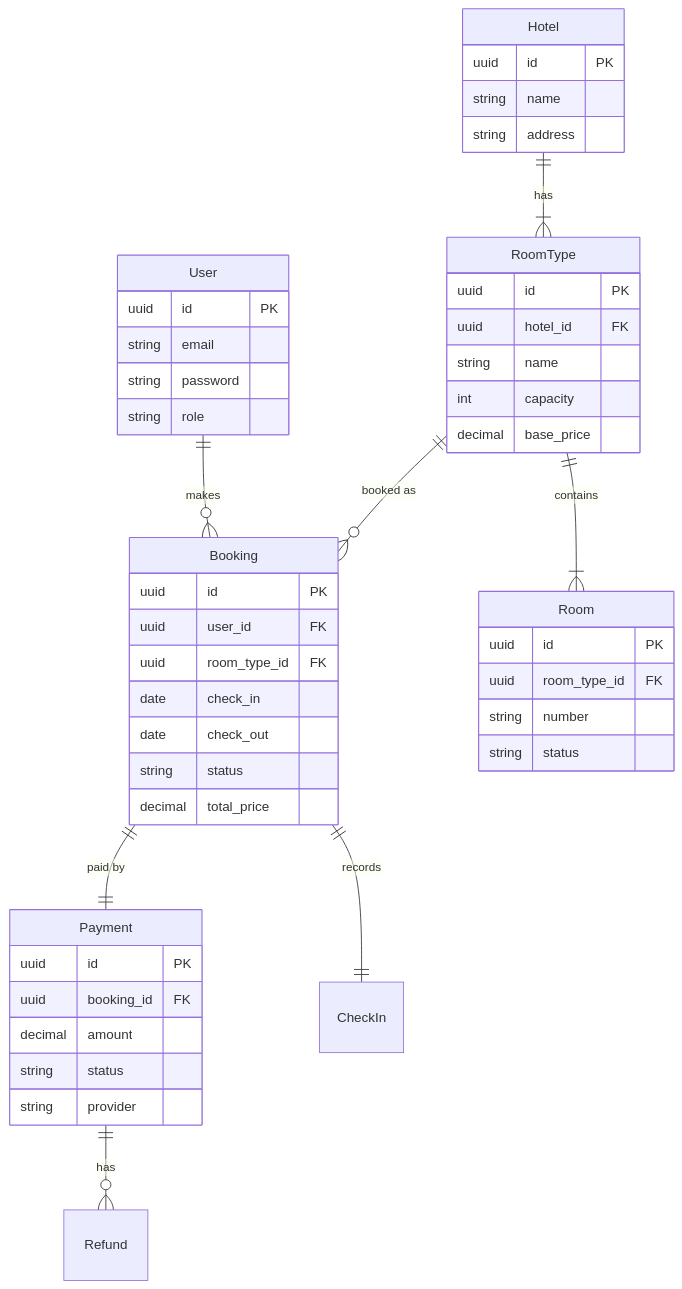
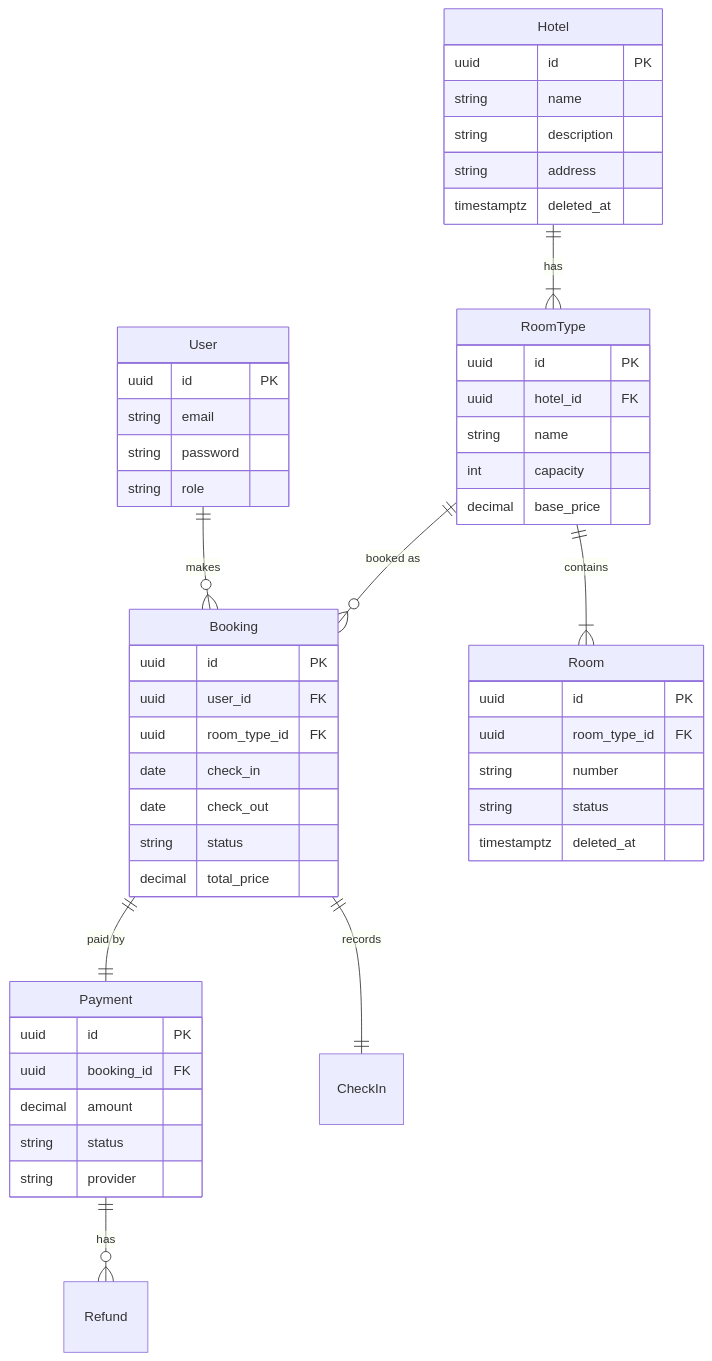
One commit to ftryyln/hotel-booking-ddd-microservices changed the diagram in docs/entity-analysis.md. Above: the diagram before and after it, drawn with Mermaid. The commit also changed other lines of this file and 1 other file, not shown here.

````diff
--- a/docs/entity-analysis.md
+++ b/docs/entity-analysis.md
@@ -10,56 +10,59 @@
 ```mermaid
 erDiagram
     User ||--o{ Booking : "makes"
     Hotel ||--|{ RoomType : "has"
     RoomType ||--|{ Room : "contains"
     RoomType ||--o{ Booking : "booked as"
     Booking ||--|| Payment : "paid by"
     Booking ||--|| CheckIn : "records"
     Payment ||--o{ Refund : "has"
 
     User {
         uuid id PK
         string email
         string password
         string role
     }
 
     Hotel {
         uuid id PK
         string name
+        string description
         string address
+        timestamptz deleted_at
     }
 
     RoomType {
         uuid id PK
         uuid hotel_id FK
         string name
         int capacity
         decimal base_price
     }
 
     Room {
         uuid id PK
         uuid room_type_id FK
         string number
         string status
+        timestamptz deleted_at
     }
 
     Booking {
         uuid id PK
         uuid user_id FK
         uuid room_type_id FK
         date check_in
         date check_out
         string status
         decimal total_price
     }
 
     Payment {
         uuid id PK
         uuid booking_id FK
         decimal amount
         string status
         string provider
     }
 ```
````
